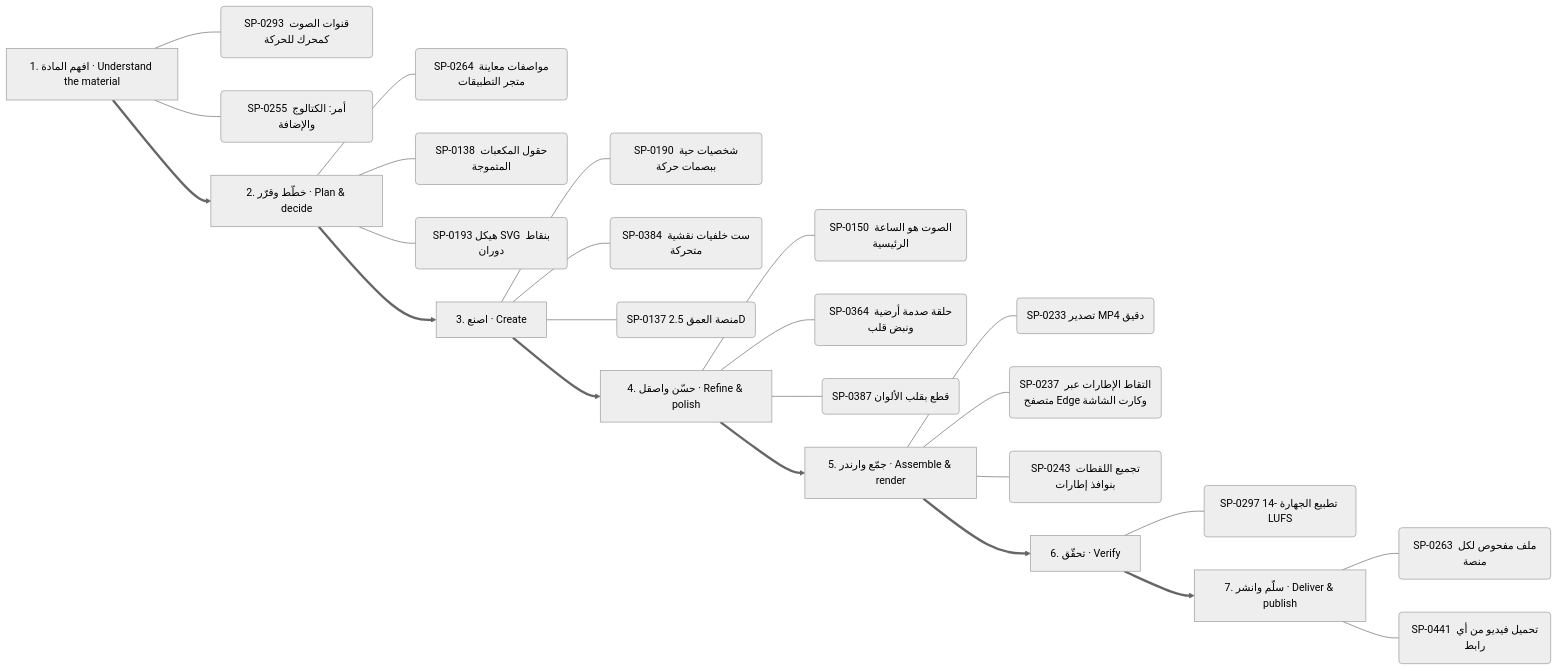
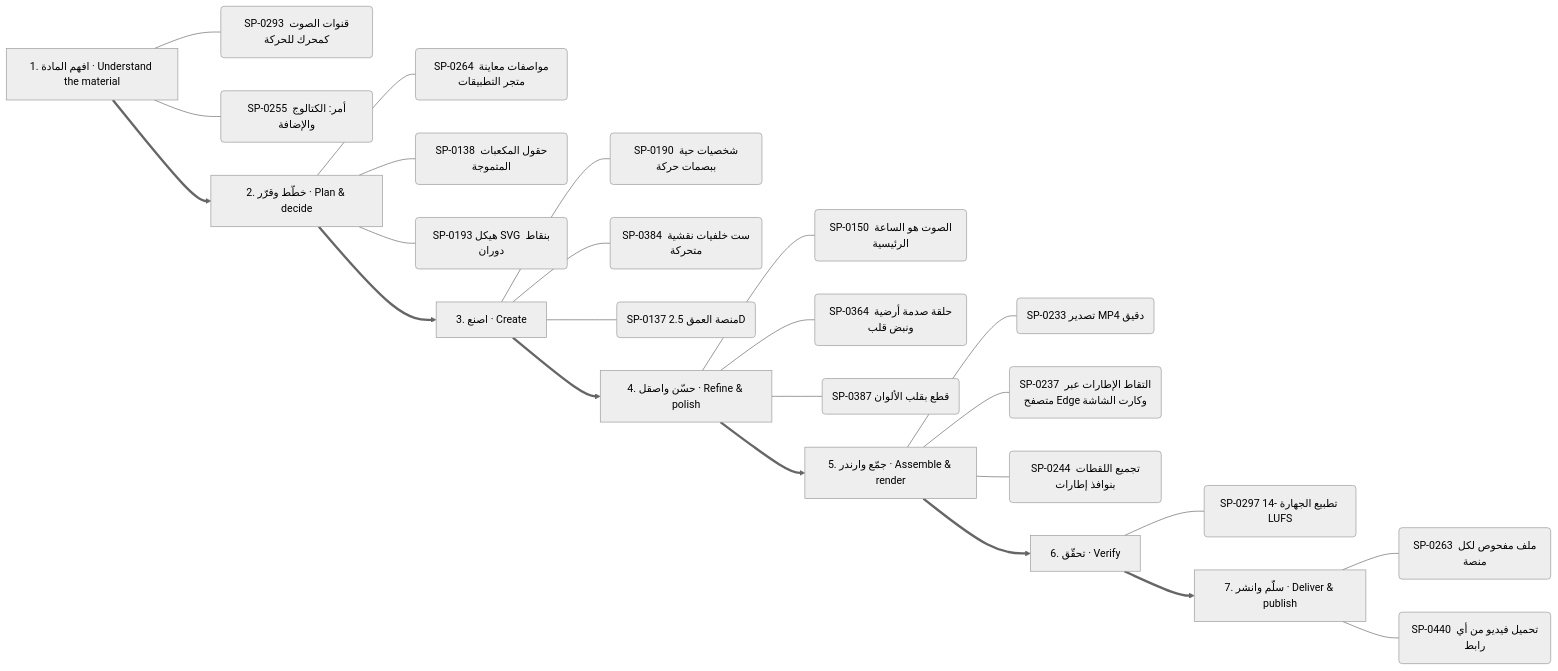
The fourth of 13 diagrams in .claude/skills/kosif-superpowers/references/capability-mindmap.md (kosif199022-jpg/kosif-tool), drawn with Mermaid (neutral theme) before and after one commit. The commit also changed other lines of this file and 25 other files, not shown here.

````diff
--- a/.claude/skills/kosif-superpowers/references/capability-mindmap.md
+++ b/.claude/skills/kosif-superpowers/references/capability-mindmap.md
@@ -226,33 +226,33 @@
 ```mermaid
 flowchart LR
   S0["1. افهم المادة · Understand the material"]
   S0 --- S0_0("SP-0293 قنوات الصوت كمحرك للحركة")
   S0 --- S0_1("SP-0255 أمر: الكتالوج والإضافة")
   S1["2. خطّط وقرّر · Plan & decide"]
   S1 --- S1_0("SP-0264 مواصفات معاينة متجر التطبيقات")
   S1 --- S1_1("SP-0138 حقول المكعبات المتموجة")
   S1 --- S1_2("SP-0193 هيكل SVG بنقاط دوران")
   S0 ==> S1
   S2["3. اصنع · Create"]
   S2 --- S2_0("SP-0190 شخصيات حية ببصمات حركة")
   S2 --- S2_1("SP-0384 ست خلفيات نقشية متحركة")
   S2 --- S2_2("SP-0137 منصة العمق 2.5D")
   S1 ==> S2
   S3["4. حسّن واصقل · Refine & polish"]
   S3 --- S3_0("SP-0150 الصوت هو الساعة الرئيسية")
   S3 --- S3_1("SP-0364 حلقة صدمة أرضية ونبض قلب")
   S3 --- S3_2("SP-0387 قطع بقلب الألوان")
   S2 ==> S3
   S4["5. جمّع وارندر · Assemble & render"]
   S4 --- S4_0("SP-0233 تصدير MP4 دقيق")
   S4 --- S4_1("SP-0237 التقاط الإطارات عبر متصفح Edge وكارت الشاشة")
-  S4 --- S4_2("SP-0243 تجميع اللقطات بنوافذ إطارات")
+  S4 --- S4_2("SP-0244 تجميع اللقطات بنوافذ إطارات")
   S3 ==> S4
   S5["6. تحقّق · Verify"]
   S5 --- S5_0("SP-0297 تطبيع الجهارة -14 LUFS")
   S4 ==> S5
   S6["7. سلّم وانشر · Deliver & publish"]
   S6 --- S6_0("SP-0263 ملف مفحوص لكل منصة")
-  S6 --- S6_1("SP-0441 تحميل فيديو من أي رابط")
+  S6 --- S6_1("SP-0440 تحميل فيديو من أي رابط")
   S5 ==> S6
 ```
````
